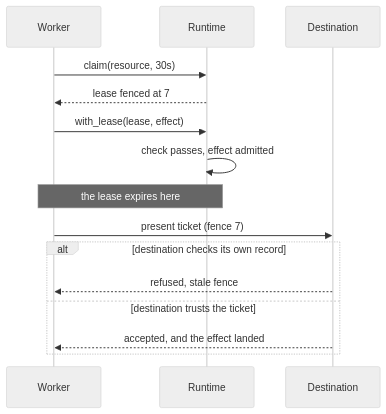
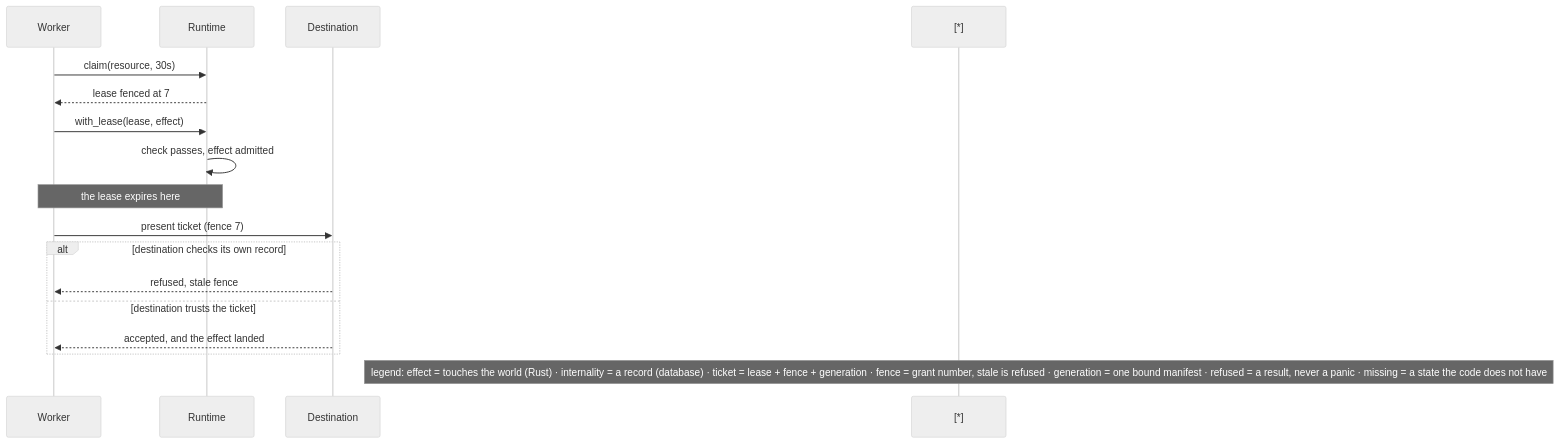
The second of 4 diagrams in docs/diagram/10-Runtime.md (MergedBeastAgito/Agito), drawn with Mermaid (neutral theme) before and after one commit. The commit also changed other lines of this file and 16 other files, not shown here.

First line of the commit message:
refactor(rust): add authority abstraction, seal, and ticket improvements

````diff
--- a/docs/diagram/10-Runtime.md
+++ b/docs/diagram/10-Runtime.md
@@ -30,17 +33,18 @@
 ```mermaid
 sequenceDiagram
 	participant W as Worker
 	participant R as Runtime
 	participant D as Destination
 	W->>R: claim(resource, 30s)
 	R-->>W: lease fenced at 7
 	W->>R: with_lease(lease, effect)
 	R->>R: check passes, effect admitted
 	Note over W,R: the lease expires here
 	W->>D: present ticket (fence 7)
 	alt destination checks its own record
 		D-->>W: refused, stale fence
 	else destination trusts the ticket
 		D-->>W: accepted, and the effect landed
 	end
+	Note over [*]: legend: effect = touches the world (Rust) · internality = a record (database) · ticket = lease + fence + generation · fence = grant number, stale is refused · generation = one bound manifest · refused = a result, never a panic · missing = a state the code does not have
 ```
````
